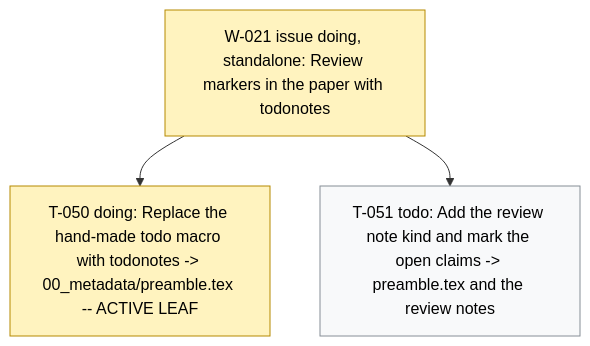
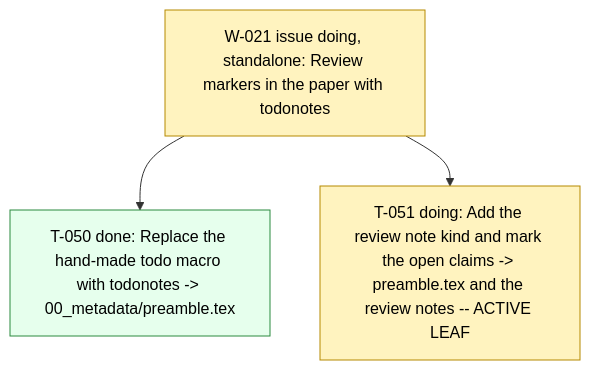
Before and after one commit to dpopchev/surrogate-models: the diagram in .board/BOARD.md, drawn with Mermaid. The commit also changed other lines of this file and 6 other files, not shown here.

First line of the commit message:
docs: mark supervisor-review claims with an orange review note

````diff
--- a/.board/BOARD.md
+++ b/.board/BOARD.md
@@ -179,13 +179,13 @@
 ```mermaid
 flowchart TD
   W021["W-021 issue doing, standalone: Review markers in the paper with todonotes"]
-  W021 --> T050["T-050 doing: Replace the hand-made todo macro with todonotes -> 00_metadata/preamble.tex -- ACTIVE LEAF"]
-  W021 --> T051["T-051 todo: Add the review note kind and mark the open claims -> preamble.tex and the review notes"]
+  W021 --> T050["T-050 done: Replace the hand-made todo macro with todonotes -> 00_metadata/preamble.tex"]
+  W021 --> T051["T-051 doing: Add the review note kind and mark the open claims -> preamble.tex and the review notes -- ACTIVE LEAF"]
   classDef doing fill:#fff3bf,stroke:#b58900,color:#000;
   classDef blocked fill:#ffe3e3,stroke:#c92a2a,color:#000;
   classDef done fill:#e6ffed,stroke:#2b8a3e,color:#000;
   classDef todo fill:#f8f9fa,stroke:#868e96,color:#000;
   classDef pruned fill:#f1f3f5,stroke:#adb5bd,color:#000;
-  class W021,T050 doing
-  class T051 todo
+  class W021,T051 doing
+  class T050 done
 ```
````
